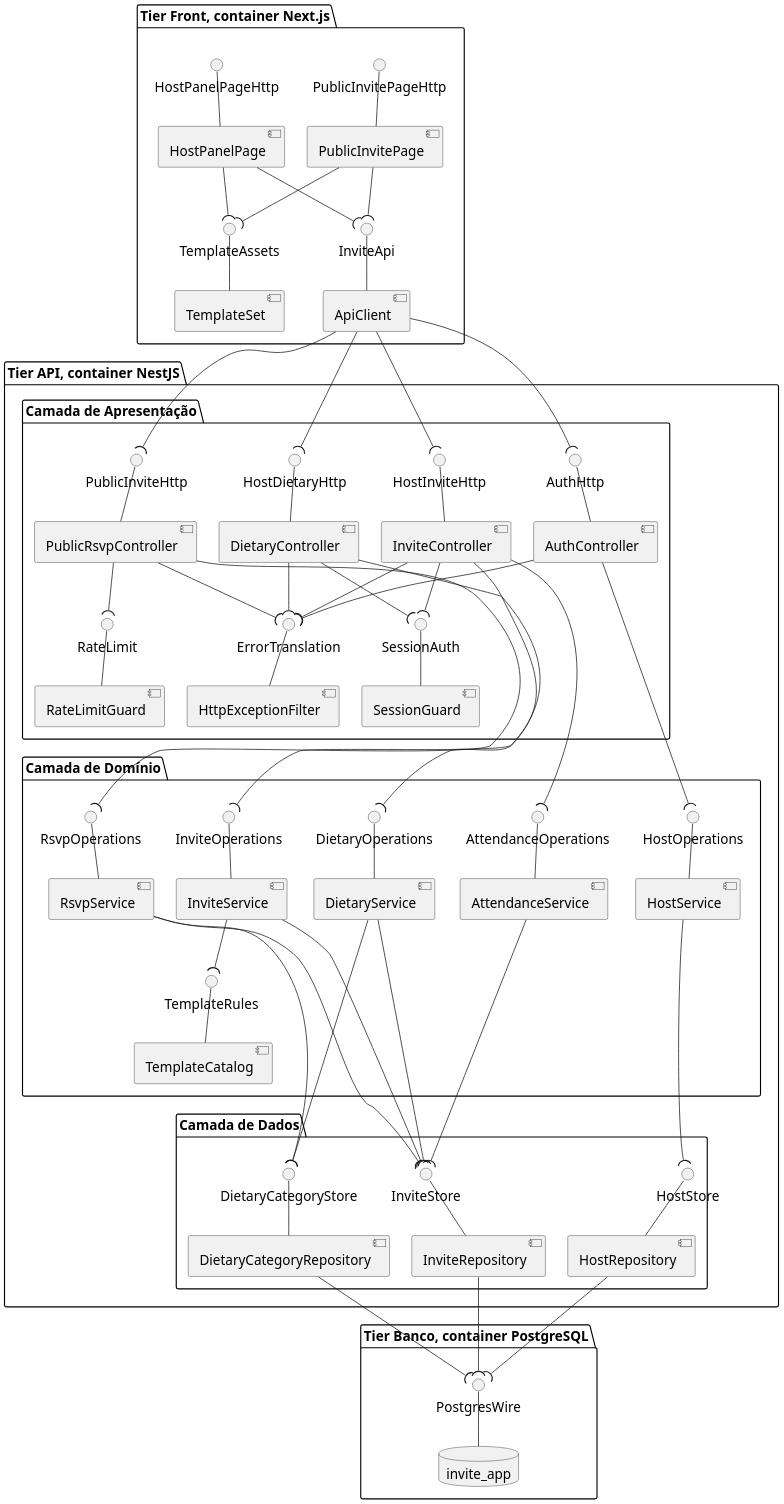
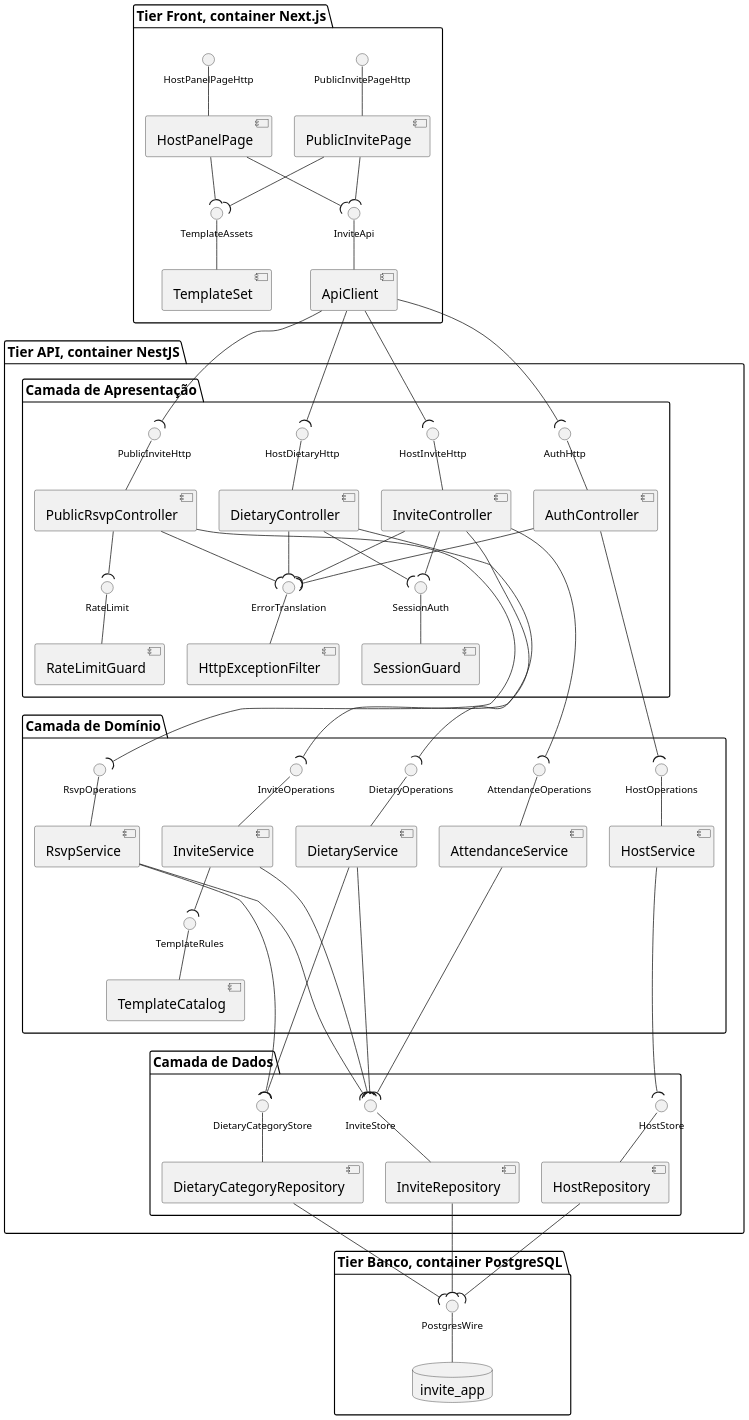
Before and after one commit to tcpassos/invite-app: the diagram in trabalhos/deck-t3/diagramas/diagrama-de-componentes-slide.puml, drawn with PlantUML. The commit also changed 10 other files, not shown here.

```diff
--- a/trabalhos/deck-t3/diagramas/diagrama-de-componentes-slide.puml
+++ b/trabalhos/deck-t3/diagramas/diagrama-de-componentes-slide.puml
@@ -1,181 +1,183 @@
 @startuml diagrama-de-componentes-slide
 ' Versão para o deck do T3: o mesmo conteúdo do arquivo de mesmo nome em docs/.attachments,
 ' só com fonte maior e mais espaço entre os elementos, para ler numa chamada do Teams. No deck ele
 ' aparece cortado em duas metades lado a lado, na fronteira entre a Apresentação e o Domínio.
 ' Gera o PNG desta pasta com o layout interno do PlantUML, que não precisa do Graphviz:
 '   java -jar plantuml.jar -Playout=smetana -tpng diagrama-de-componentes-slide.puml
 ' ou com a imagem Docker que o resto do repositório usa:
 '   docker run --rm -v "<caminho desta pasta>:/data" plantuml/plantuml -tpng /data/diagrama-de-componentes-slide.puml
 skinparam defaultFontSize 18
 skinparam nodesep 30
+' Rótulos das interfaces menores, para os nomes vizinhos não se encostarem.
+skinparam interfaceFontSize 13
 skinparam ranksep 50
 skinparam dpi 150
 ' Fonte do Diagrama de Componentes da Sprint 2, item #59 do Azure Boards.
 ' Gera o PNG sem instalar nada além do Docker, a partir da pasta onde este arquivo está:
 '   docker run --rm -v "<caminho>:/data" plantuml/plantuml -tpng /data/diagrama-de-componentes.puml
 ' No Windows, <caminho> é o caminho absoluto da pasta, por exemplo D:\invite-app\docs\.attachments
 ' A imagem fica abaixo do teto padrão de 4096 pixels, então não precisa de PLANTUML_LIMIT_SIZE.
 ' Os três tiers vêm do ADR-0002 e as três camadas lógicas da API vêm do ADR-0001.
 ' Identificadores de componente e de interface em inglês, conforme o Guia de Estilo.
 ' O diagrama traz rótulo, não explicação. A leitura fica na página do Diagrama de Componentes.
 
 skinparam shadowing false
 skinparam monochrome true
 skinparam defaultTextAlignment center
 skinparam nodesep 30
 skinparam ranksep 45
 
 package "Tier Front, container Next.js" {
 
   component "PublicInvitePage" as PIP
   component "HostPanelPage" as HPP
   component "ApiClient" as ACL
   component "TemplateSet" as TST
 
   interface "PublicInvitePageHttp" as I_PPAGE
   interface "HostPanelPageHttp" as I_HPAGE
   interface "InviteApi" as I_API
   interface "TemplateAssets" as I_TPLA
 }
 
 package "Tier API, container NestJS" {
 
   package "Camada de Apresentação" {
 
     component "PublicRsvpController" as PRC
     component "InviteController" as INC
     component "DietaryController" as DIC
     component "AuthController" as AUC
     component "RateLimitGuard" as RLG
     component "SessionGuard" as SGD
     component "HttpExceptionFilter" as HEF
 
     interface "PublicInviteHttp" as I_PUBH
     interface "HostInviteHttp" as I_INVH
     interface "HostDietaryHttp" as I_DIEH
     interface "AuthHttp" as I_AUTH
     interface "RateLimit" as I_RATE
     interface "SessionAuth" as I_SESS
     interface "ErrorTranslation" as I_ERRT
   }
 
   package "Camada de Domínio" {
 
     component "RsvpService" as RSS
     component "InviteService" as INS
     component "AttendanceService" as ATS
     component "DietaryService" as DIS
     component "HostService" as HOS
     component "TemplateCatalog" as TPC
 
     interface "RsvpOperations" as I_RSVO
     interface "InviteOperations" as I_INVO
     interface "AttendanceOperations" as I_ATTO
     interface "DietaryOperations" as I_DIEO
     interface "HostOperations" as I_HOSO
     interface "TemplateRules" as I_TPLR
   }
 
   package "Camada de Dados" {
 
     component "InviteRepository" as INR
     component "DietaryCategoryRepository" as DCR
     component "HostRepository" as HOR
 
     interface "InviteStore" as I_INVS
     interface "DietaryCategoryStore" as I_DCS
     interface "HostStore" as I_HOSS
   }
 }
 
 package "Tier Banco, container PostgreSQL" {
   database "invite_app" as DBC
   interface "PostgresWire" as I_PGW
 }
 
 ' Interfaces publicadas pelo tier Front ao ambiente
 I_PPAGE -down- PIP
 I_HPAGE -down- HPP
 
 ' Dentro do tier Front
 ACL -up- I_API
 PIP --( I_API
 HPP --( I_API
 
 TST -up- I_TPLA
 PIP --( I_TPLA
 HPP --( I_TPLA
 
 ' Interfaces publicadas pela camada de Apresentação ao tier Front
 PRC -up- I_PUBH
 INC -up- I_INVH
 DIC -up- I_DIEH
 AUC -up- I_AUTH
 
 ACL --( I_PUBH
 ACL --( I_INVH
 ACL --( I_DIEH
 ACL --( I_AUTH
 
 ' Dentro da camada de Apresentação
 RLG -up- I_RATE
 PRC --( I_RATE
 
 SGD -up- I_SESS
 INC --( I_SESS
 DIC --( I_SESS
 
 HEF -up- I_ERRT
 PRC --( I_ERRT
 INC --( I_ERRT
 DIC --( I_ERRT
 AUC --( I_ERRT
 
 ' Da Apresentação para o Domínio
 RSS -up- I_RSVO
 PRC --( I_RSVO
 
 INS -up- I_INVO
 INC --( I_INVO
 
 ATS -up- I_ATTO
 INC --( I_ATTO
 
 DIS -up- I_DIEO
 DIC --( I_DIEO
 
 HOS -up- I_HOSO
 AUC --( I_HOSO
 
 ' Dentro da camada de Domínio
 TPC -up- I_TPLR
 INS --( I_TPLR
 
 ' Do Domínio para os Dados
 INR -up- I_INVS
 RSS --( I_INVS
 INS --( I_INVS
 ATS --( I_INVS
 DIS --( I_INVS
 
 DCR -up- I_DCS
 RSS --( I_DCS
 DIS --( I_DCS
 
 HOR -up- I_HOSS
 HOS --( I_HOSS
 
 ' Dos Dados para o tier Banco
 DBC -up- I_PGW
 INR --( I_PGW
 DCR --( I_PGW
 HOR --( I_PGW
 
 ' Ligações ocultas, apenas para empilhar as camadas na vertical.
 ' Não representam dependência e não aparecem na imagem.
 RLG -[hidden]down- I_RSVO
 SGD -[hidden]down- I_INVO
 TPC -[hidden]down- I_INVS
 HOS -[hidden]down- I_HOSS
 
 @enduml
```
